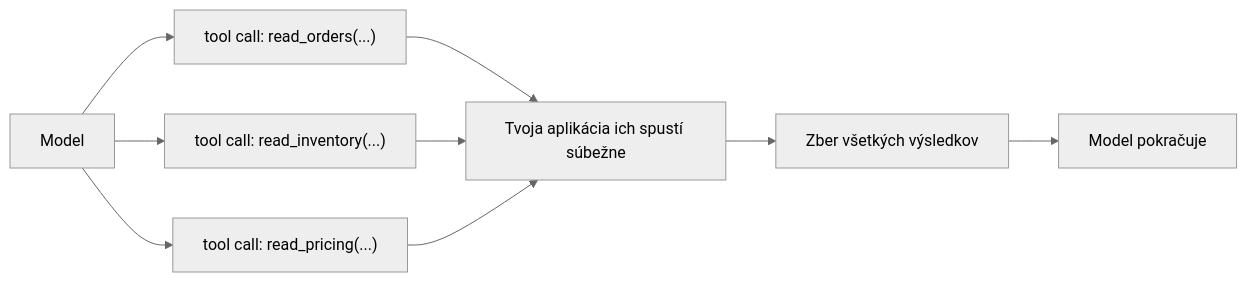
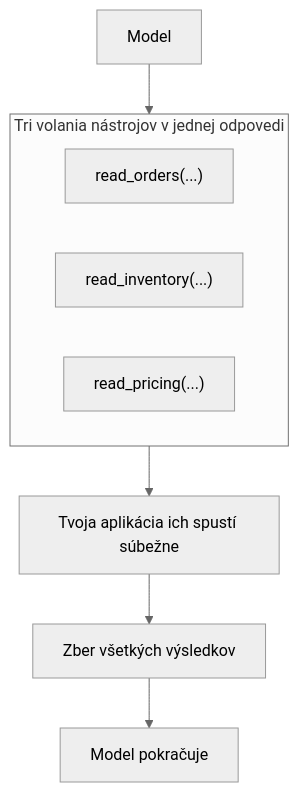
Before and after one commit to NikolaiSachok/ai-engineering-handbook: the first of 2 diagrams in i18n/sk/docusaurus-plugin-content-docs/current/part-2-agents/tool-use/deep-dive.md, drawn with Mermaid (neutral theme). The commit also changed other lines of this file and 75 other files, not shown here.

First line of the commit message:
fix(diagrams): re-author wide diagrams, and measure the three locales the gate never saw (#441)

````diff
--- a/i18n/sk/docusaurus-plugin-content-docs/current/part-2-agents/tool-use/deep-dive.md
+++ b/i18n/sk/docusaurus-plugin-content-docs/current/part-2-agents/tool-use/deep-dive.md
@@ -35,11 +35,13 @@
 ```mermaid
-flowchart LR
-    M["Model"] --> TC1["tool call: read_orders(...)"]
-    M --> TC2["tool call: read_inventory(...)"]
-    M --> TC3["tool call: read_pricing(...)"]
-    TC1 --> R["Tvoja aplikácia ich spustí súbežne"]
-    TC2 --> R
-    TC3 --> R
+flowchart TB
+    M["Model"] --> Calls
+    subgraph Calls["Tri volania nástrojov v jednej odpovedi"]
+        direction LR
+        TC1["read_orders(...)"]
+        TC2["read_inventory(...)"]
+        TC3["read_pricing(...)"]
+    end
+    Calls --> R["Tvoja aplikácia ich spustí súbežne"]
     R --> C["Zber všetkých výsledkov"]
     C --> M2["Model pokračuje"]
 ```
````
